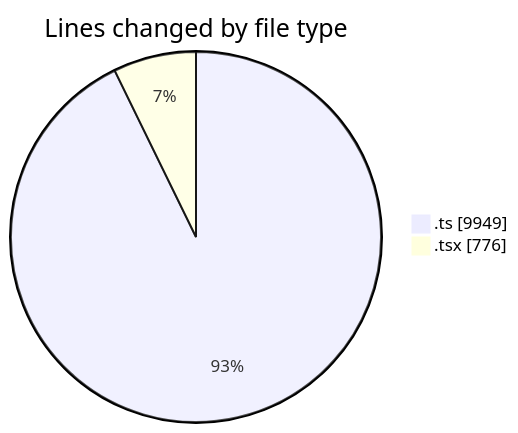
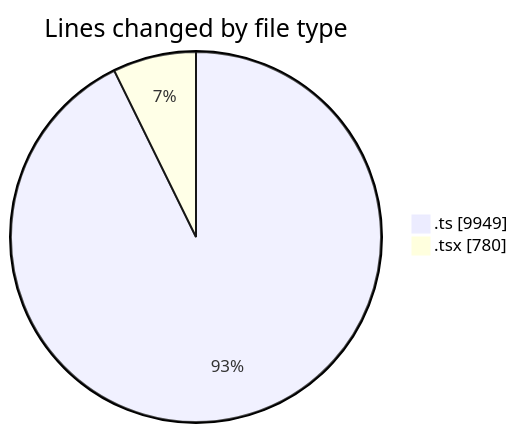
Before and after one commit to momahboobian/code-tracking: the first of 2 diagrams in 2025-06-11/cda/README.md, drawn with Mermaid. The commit also changed other lines of this file and 1 other file, not shown here.

````diff
--- a/2025-06-11/cda/README.md
+++ b/2025-06-11/cda/README.md
@@ -26,6 +26,6 @@
 ```mermaid
 pie showData
 title Lines changed by file type
 ".ts" : 9949
-".tsx" : 776
+".tsx" : 780
 ```
````
